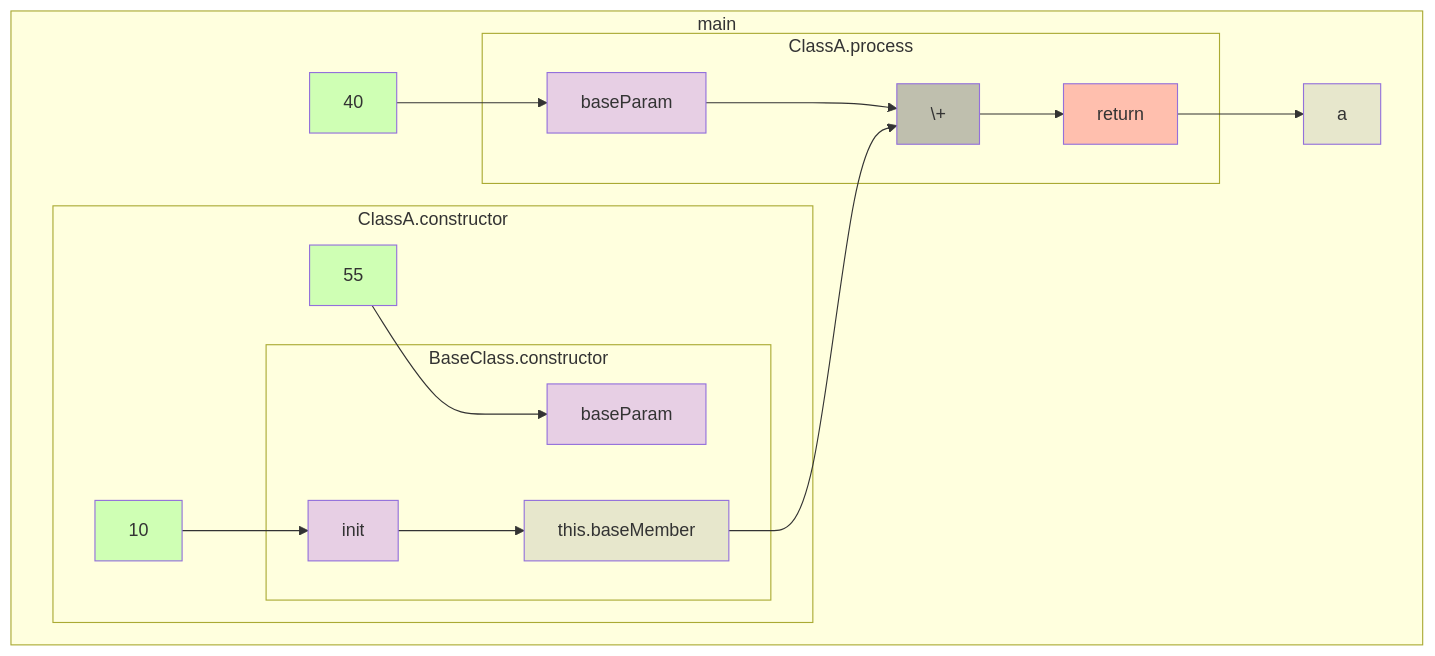
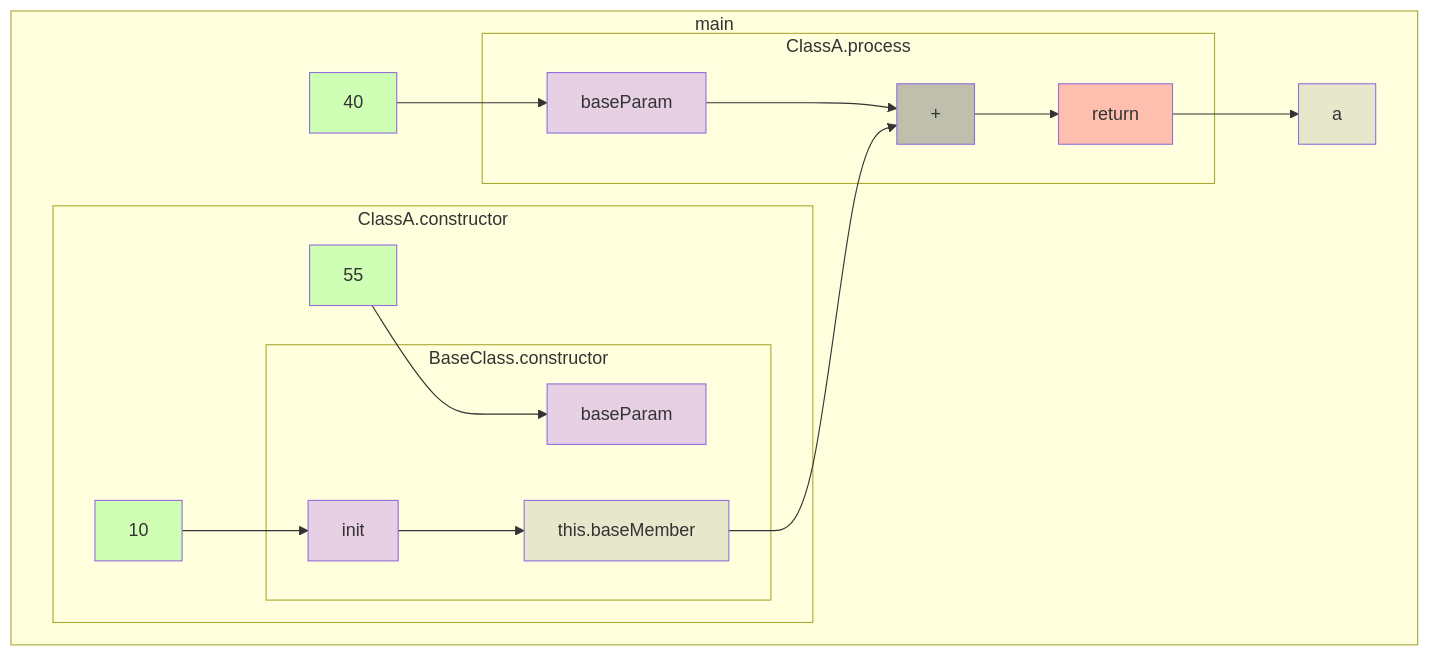
One commit to gstiebler/codeflow changed the diagram in README.md. Above: the diagram before and after it, drawn with Mermaid.

````diff
--- a/README.md
+++ b/README.md
@@ -58,26 +58,26 @@
 ```mermaid
 flowchart TD
   subgraph sub1["main"]
     40[40]:::LITERAL --> baseParam[baseParam]:::FUNC_PARAM
     subgraph sub2["ClassA.constructor"]
         10[10]:::LITERAL --> init[init]:::FUNC_PARAM
         55[55]:::LITERAL --> baseParam2[baseParam]:::FUNC_PARAM
         subgraph sub3["BaseClass.constructor"]
             init[init]:::FUNC_PARAM --> bm[this.baseMember]:::VARIABLE
             baseParam2[baseParam]:::FUNC_PARAM
         end
     end
     subgraph sub4["ClassA.process"]
         baseParam[baseParam]:::FUNC_PARAM --> binop1["#43;"]:::BIN_OP
         bm[this.baseMember]:::VARIABLE --> binop1["#43;"]:::BIN_OP
-        binop1["\+"]:::BIN_OP --> return1["ClassA.process"]:::RETURN
+        binop1["#43;"]:::BIN_OP --> return1["ClassA.process"]:::RETURN
     end
     a:::VARIABLE
     return1["return"]:::RETURN --> a
   end
   classDef LITERAL fill:#00FF0030
   classDef VARIABLE fill:#80808030
   classDef BIN_OP fill:#80808080
   classDef FUNC_PARAM fill:#8000FF30
   classDef RETURN fill:#FF808080
 ```
````
